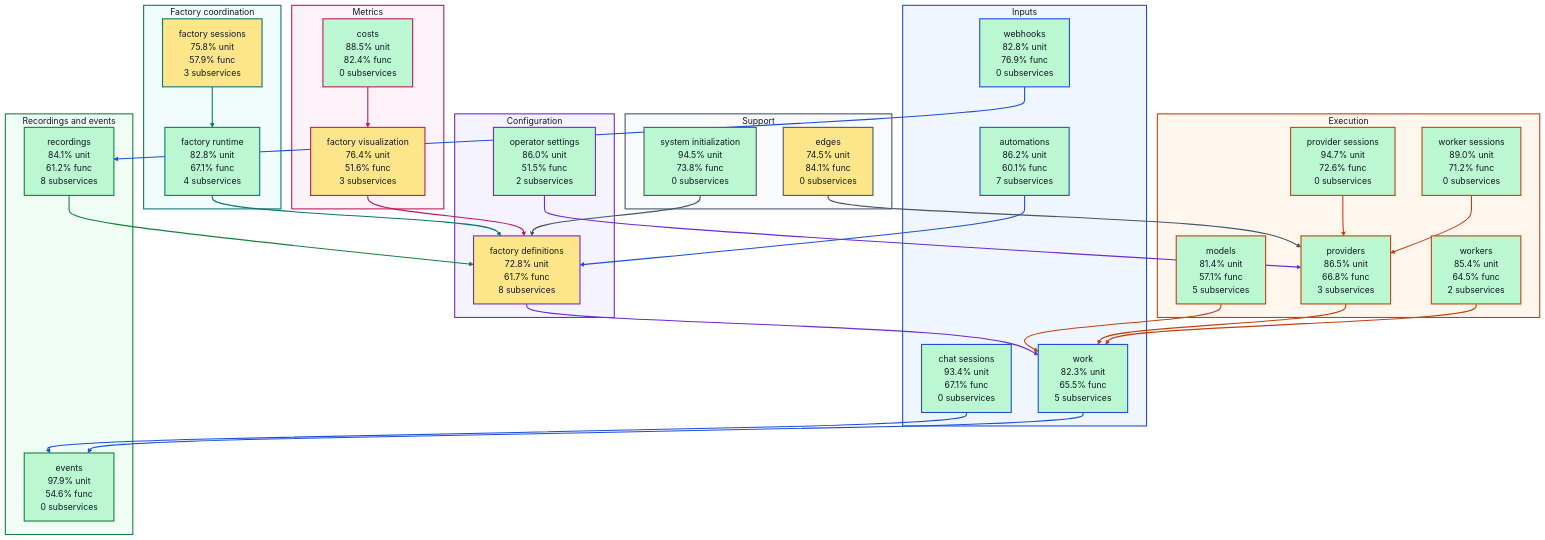
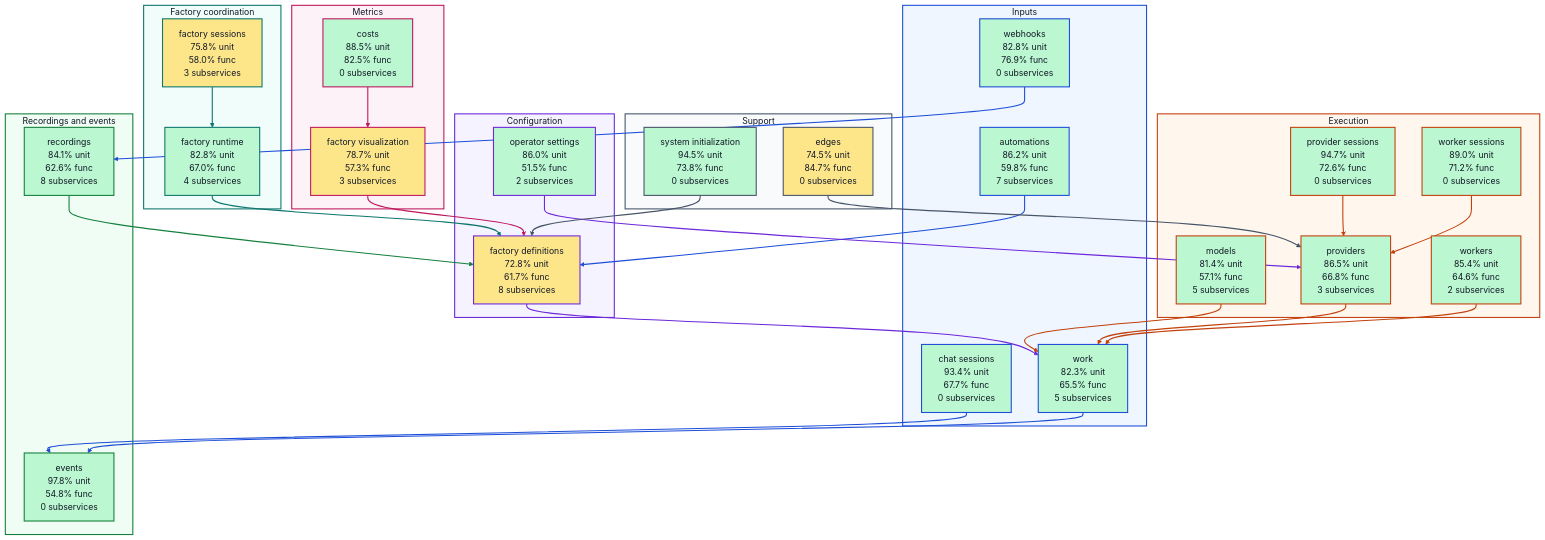
The diagram in docs/architecture/visualizations/high-level-test-coverage.md (portpowered/you-agent-factory), drawn with Mermaid before and after one commit. The commit also changed other lines of this file and 20 other files, not shown here.

Commit message:
docs: refresh backend architecture visualizations

````diff
--- a/docs/architecture/visualizations/high-level-test-coverage.md
+++ b/docs/architecture/visualizations/high-level-test-coverage.md
@@ -11,8 +11,8 @@
 ```mermaid
 flowchart TB
   subgraph input["Inputs"]
-    s_services_automations["automations<br/>86.2% unit<br/>60.1% func<br/>7 subservices"]
-    s_services_chat_sessions["chat sessions<br/>93.4% unit<br/>67.1% func<br/>0 subservices"]
+    s_services_automations["automations<br/>86.2% unit<br/>59.8% func<br/>7 subservices"]
+    s_services_chat_sessions["chat sessions<br/>93.4% unit<br/>67.7% func<br/>0 subservices"]
     s_services_webhooks["webhooks<br/>82.8% unit<br/>76.9% func<br/>0 subservices"]
     s_services_work["work<br/>82.3% unit<br/>65.5% func<br/>5 subservices"]
   end
@@ -21,26 +21,26 @@
     s_services_operator_settings["operator settings<br/>86.0% unit<br/>51.5% func<br/>2 subservices"]
   end
   subgraph coordination["Factory coordination"]
-    s_services_factory_runtime["factory runtime<br/>82.8% unit<br/>67.1% func<br/>4 subservices"]
-    s_services_factory_sessions["factory sessions<br/>75.8% unit<br/>57.9% func<br/>3 subservices"]
+    s_services_factory_runtime["factory runtime<br/>82.8% unit<br/>67.0% func<br/>4 subservices"]
+    s_services_factory_sessions["factory sessions<br/>75.8% unit<br/>58.0% func<br/>3 subservices"]
   end
   subgraph execution["Execution"]
     s_services_models["models<br/>81.4% unit<br/>57.1% func<br/>5 subservices"]
     s_services_provider_sessions["provider sessions<br/>94.7% unit<br/>72.6% func<br/>0 subservices"]
     s_services_providers["providers<br/>86.5% unit<br/>66.8% func<br/>3 subservices"]
     s_services_worker_sessions["worker sessions<br/>89.0% unit<br/>71.2% func<br/>0 subservices"]
-    s_services_workers["workers<br/>85.4% unit<br/>64.5% func<br/>2 subservices"]
+    s_services_workers["workers<br/>85.4% unit<br/>64.6% func<br/>2 subservices"]
   end
   subgraph recordings["Recordings and events"]
-    s_services_events["events<br/>97.9% unit<br/>54.6% func<br/>0 subservices"]
-    s_services_recordings["recordings<br/>84.1% unit<br/>61.2% func<br/>8 subservices"]
+    s_services_events["events<br/>97.8% unit<br/>54.8% func<br/>0 subservices"]
+    s_services_recordings["recordings<br/>84.1% unit<br/>62.6% func<br/>8 subservices"]
   end
   subgraph metrics["Metrics"]
-    s_services_costs["costs<br/>88.5% unit<br/>82.4% func<br/>0 subservices"]
-    s_services_factory_visualization["factory visualization<br/>76.4% unit<br/>51.6% func<br/>3 subservices"]
+    s_services_costs["costs<br/>88.5% unit<br/>82.5% func<br/>0 subservices"]
+    s_services_factory_visualization["factory visualization<br/>78.7% unit<br/>57.3% func<br/>3 subservices"]
   end
   subgraph support["Support"]
-    s_services_edges["edges<br/>74.5% unit<br/>84.1% func<br/>0 subservices"]
+    s_services_edges["edges<br/>74.5% unit<br/>84.7% func<br/>0 subservices"]
     s_services_system_initialization["system initialization<br/>94.5% unit<br/>73.8% func<br/>0 subservices"]
   end
   s_services_automations --> s_services_factory_definitions
````
